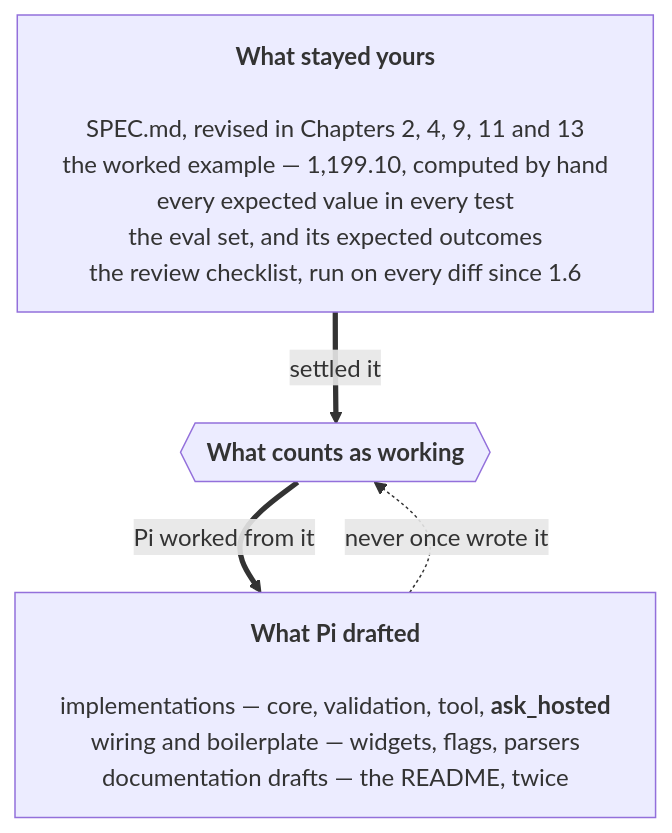
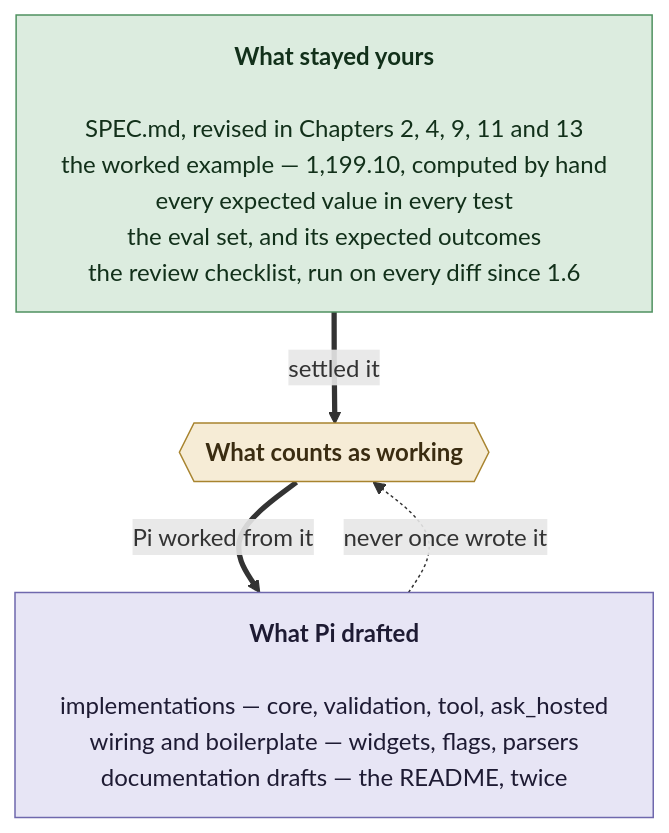
The second of 2 diagrams in manuscript/15-closing.md (rioffe/intro_to_ai_software_engineering), drawn with Mermaid before and after one commit. The commit also changed 7 other files, not shown here.

````diff
--- a/manuscript/15-closing.md
+++ b/manuscript/15-closing.md
@@ -63,15 +63,22 @@
 ```mermaid
 ---
 config:
   flowchart:
     wrappingWidth: 480
 ---
 flowchart TD
     YOURS["<b>What stayed yours</b><br/><br/>SPEC.md, revised in Chapters 2, 4, 9, 11 and 13<br/>the worked example — 1,199.10, computed by hand<br/>every expected value in every test<br/>the eval set, and its expected outcomes<br/>the review checklist, run on every diff since 1.6"]
     BOUNDARY{{"<b>What counts as working</b>"}}
-    PIS["<b>What Pi drafted</b><br/><br/>implementations — core, validation, tool, <b>ask_hosted</b><br/>wiring and boilerplate — widgets, flags, parsers<br/>documentation drafts — the README, twice"]
+    PIS["<b>What Pi drafted</b><br/><br/>implementations — core, validation, tool, ask_hosted<br/>wiring and boilerplate — widgets, flags, parsers<br/>documentation drafts — the README, twice"]
 
     YOURS ==>|"settled it"| BOUNDARY
     BOUNDARY ==>|"Pi worked from it"| PIS
     PIS -.->|"never once wrote it"| BOUNDARY
+
+    classDef yours fill:#dcecdf,stroke:#4f9160,color:#12301a
+    classDef gate fill:#f6ecd6,stroke:#a8842f,color:#3a2c11
+    classDef pis fill:#e7e5f5,stroke:#6f68ad,color:#1e1b33
+    class YOURS yours
+    class BOUNDARY gate
+    class PIS pis
 ```
````
